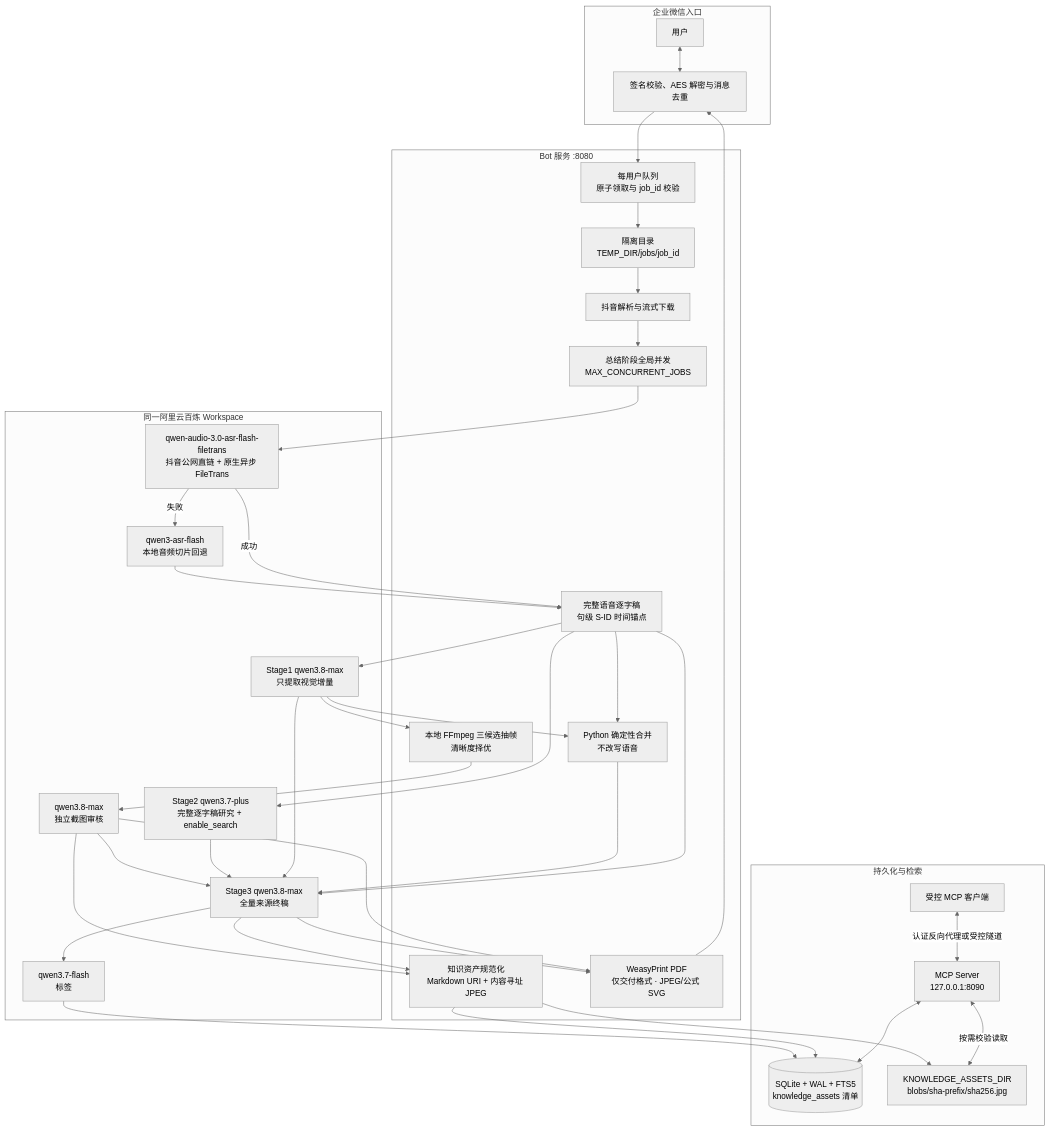
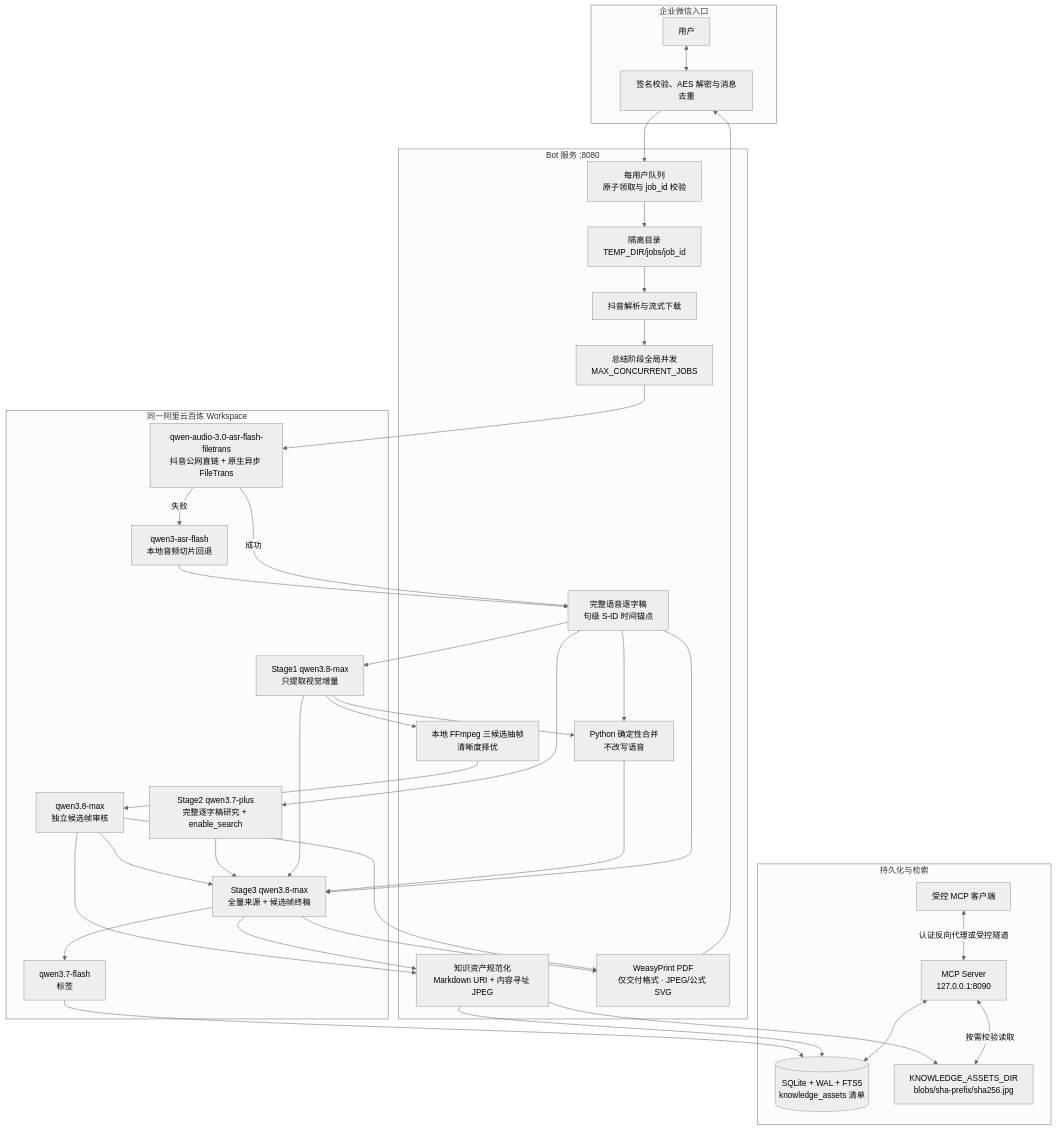
The diagram in PROJECT_DETAILS.md (skepty2333/Douyin-full-stack-summarizer), drawn with Mermaid (neutral theme) before and after one commit. The commit also changed other lines of this file and 11 other files, not shown here.

````diff
--- a/PROJECT_DETAILS.md
+++ b/PROJECT_DETAILS.md
@@ -27,71 +27,71 @@
 ```mermaid
 flowchart TD
     subgraph WeCom["企业微信入口"]
         User["用户"]
         Callback["签名校验、AES 解密与消息去重"]
         User <--> Callback
     end
 
     subgraph Bot["Bot 服务 :8080"]
         Queue["每用户队列<br/>原子领取与 job_id 校验"]
         JobGate["总结阶段全局并发<br/>MAX_CONCURRENT_JOBS"]
         JobDir["隔离目录<br/>TEMP_DIR/jobs/job_id"]
         Parser["抖音解析与流式下载"]
         Transcript["完整语音逐字稿<br/>句级 S-ID 时间锚点"]
         Merge["Python 确定性合并<br/>不改写语音"]
         FrameExtract["本地 FFmpeg 三候选抽帧<br/>清晰度择优"]
         AssetPersist["知识资产规范化<br/>Markdown URI + 内容寻址 JPEG"]
         PDF["WeasyPrint PDF<br/>仅交付格式 · JPEG/公式 SVG"]
 
         Callback --> Queue
         Queue --> JobDir
         JobDir --> Parser
         Parser --> JobGate
         PDF --> Callback
     end
 
     subgraph Bailian["同一阿里云百炼 Workspace"]
         ASR["qwen-audio-3.0-asr-flash-filetrans<br/>抖音公网直链 + 原生异步 FileTrans"]
         ASRFallback["qwen3-asr-flash<br/>本地音频切片回退"]
         Visual["Stage1 qwen3.8-max<br/>只提取视觉增量"]
         Research["Stage2 qwen3.7-plus<br/>完整逐字稿研究 + enable_search"]
-        FrameReview["qwen3.8-max<br/>独立截图审核"]
-        Final["Stage3 qwen3.8-max<br/>全量来源终稿"]
+        FrameReview["qwen3.8-max<br/>独立候选帧审核"]
+        Final["Stage3 qwen3.8-max<br/>全量来源 + 候选帧终稿"]
         Tag["qwen3.7-flash<br/>标签"]
 
         ASR -->|"成功"| Transcript
         ASR -->|"失败"| ASRFallback --> Transcript
         Transcript --> Visual
         Transcript --> Research
         Transcript --> Merge
         Visual --> Merge
         Transcript --> Final
         Merge --> Final
         Visual --> Final
         Research --> Final
         FrameReview --> Final
         Final --> Tag
     end
 
     JobGate --> ASR
     Visual --> FrameExtract --> FrameReview
     FrameReview --> PDF
     Final --> AssetPersist
     FrameReview --> AssetPersist
 
     subgraph Data["持久化与检索"]
         DB[("SQLite + WAL + FTS5<br/>knowledge_assets 清单")]
         Blobs["KNOWLEDGE_ASSETS_DIR<br/>blobs/sha-prefix/sha256.jpg"]
         MCP["MCP Server<br/>127.0.0.1:8090"]
         Client["受控 MCP 客户端"]
 
         MCP <--> DB
         MCP <-->|"按需校验读取"| Blobs
         Client <-->|"认证反向代理或受控隧道"| MCP
     end
 
     AssetPersist --> DB
     AssetPersist --> Blobs
     Tag --> DB
     Final --> PDF
 ```
````
